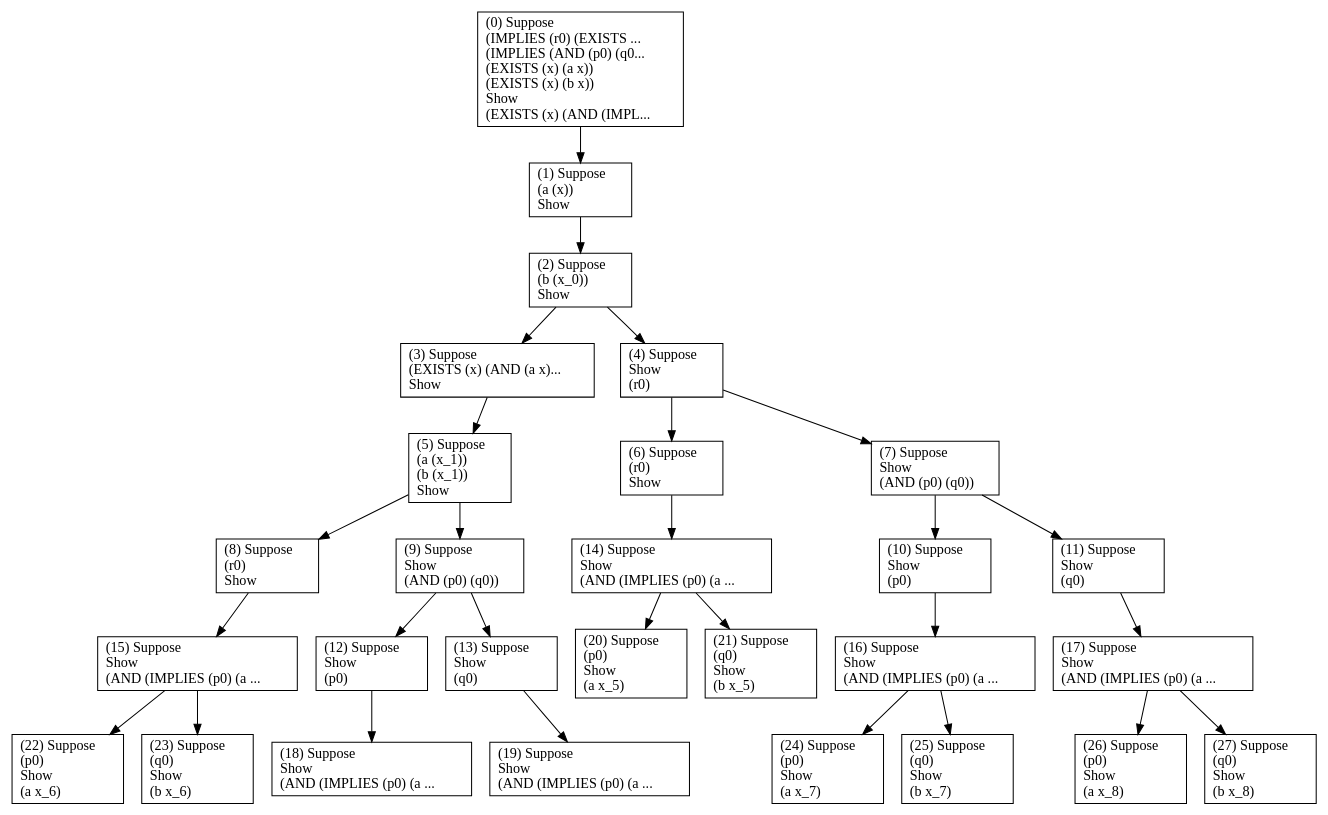
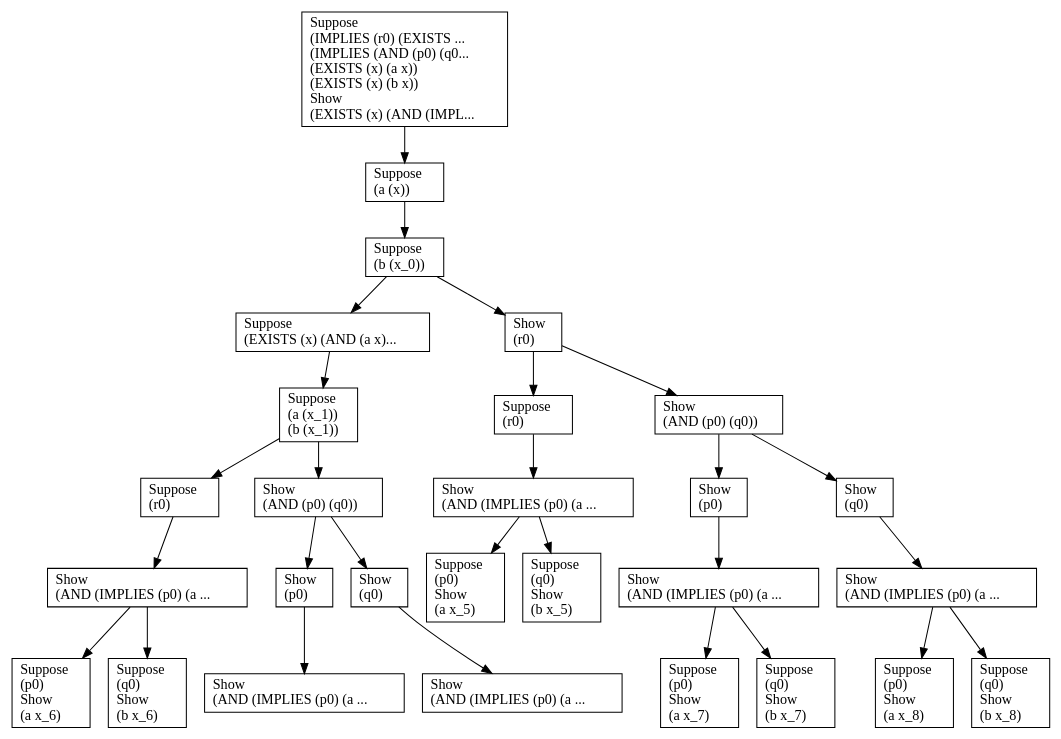
The diagram in common/prover/src/main/resources/graphviz/playground.dot (benjishults/ipr), drawn with Graphviz before and after one commit. The commit also changed 24 other files, not shown here.

```diff
--- a/common/prover/src/main/resources/graphviz/playground.dot
+++ b/common/prover/src/main/resources/graphviz/playground.dot
@@ -1,116 +1,116 @@
 digraph G {
 layout=dot
 root="0"
 node [shape=box]
 "0" [
-label="(0) Suppose\l(IMPLIES (r0) (EXISTS ...\l(IMPLIES (AND (p0) (q0...\l(EXISTS (x) (a x))\l(EXISTS (x) (b x))\lShow\l(EXISTS (x) (AND (IMPL...\l"
+label="Suppose\l(IMPLIES (r0) (EXISTS ...\l(IMPLIES (AND (p0) (q0...\l(EXISTS (x) (a x))\l(EXISTS (x) (b x))\lShow\l(EXISTS (x) (AND (IMPL...\l"
 ]
 "1" [
-label="(1) Suppose\l(a (x))\lShow\l"
+label="Suppose\l(a (x))\l"
 ]
 "0" -> "1"
 "2" [
-label="(2) Suppose\l(b (x_0))\lShow\l"
+label="Suppose\l(b (x_0))\l"
 ]
 "1" -> "2"
 "3" [
-label="(3) Suppose\l(EXISTS (x) (AND (a x)...\lShow\l"
+label="Suppose\l(EXISTS (x) (AND (a x)...\l"
 ]
 "2" -> "3"
 "4" [
-label="(4) Suppose\lShow\l(r0)\l"
+label="Show\l(r0)\l"
 ]
 "2" -> "4"
 "5" [
-label="(5) Suppose\l(a (x_1))\l(b (x_1))\lShow\l"
+label="Suppose\l(a (x_1))\l(b (x_1))\l"
 ]
 "3" -> "5"
 "6" [
-label="(6) Suppose\l(r0)\lShow\l"
+label="Suppose\l(r0)\l"
 ]
 "4" -> "6"
 "7" [
-label="(7) Suppose\lShow\l(AND (p0) (q0))\l"
+label="Show\l(AND (p0) (q0))\l"
 ]
 "4" -> "7"
 "8" [
-label="(8) Suppose\l(r0)\lShow\l"
+label="Suppose\l(r0)\l"
 ]
 "5" -> "8"
 "9" [
-label="(9) Suppose\lShow\l(AND (p0) (q0))\l"
+label="Show\l(AND (p0) (q0))\l"
 ]
 "5" -> "9"
 "14" [
-label="(14) Suppose\lShow\l(AND (IMPLIES (p0) (a ...\l"
+label="Show\l(AND (IMPLIES (p0) (a ...\l"
 ]
 "6" -> "14"
 "10" [
-label="(10) Suppose\lShow\l(p0)\l"
+label="Show\l(p0)\l"
 ]
 "7" -> "10"
 "11" [
-label="(11) Suppose\lShow\l(q0)\l"
+label="Show\l(q0)\l"
 ]
 "7" -> "11"
 "15" [
-label="(15) Suppose\lShow\l(AND (IMPLIES (p0) (a ...\l"
+label="Show\l(AND (IMPLIES (p0) (a ...\l"
 ]
 "8" -> "15"
 "12" [
-label="(12) Suppose\lShow\l(p0)\l"
+label="Show\l(p0)\l"
 ]
 "9" -> "12"
 "13" [
-label="(13) Suppose\lShow\l(q0)\l"
+label="Show\l(q0)\l"
 ]
 "9" -> "13"
 "20" [
-label="(20) Suppose\l(p0)\lShow\l(a x_5)\l"
+label="Suppose\l(p0)\lShow\l(a x_5)\l"
 ]
 "14" -> "20"
 "21" [
-label="(21) Suppose\l(q0)\lShow\l(b x_5)\l"
+label="Suppose\l(q0)\lShow\l(b x_5)\l"
 ]
 "14" -> "21"
 "16" [
-label="(16) Suppose\lShow\l(AND (IMPLIES (p0) (a ...\l"
+label="Show\l(AND (IMPLIES (p0) (a ...\l"
 ]
 "10" -> "16"
 "17" [
-label="(17) Suppose\lShow\l(AND (IMPLIES (p0) (a ...\l"
+label="Show\l(AND (IMPLIES (p0) (a ...\l"
 ]
 "11" -> "17"
 "22" [
-label="(22) Suppose\l(p0)\lShow\l(a x_6)\l"
+label="Suppose\l(p0)\lShow\l(a x_6)\l"
 ]
 "15" -> "22"
 "23" [
-label="(23) Suppose\l(q0)\lShow\l(b x_6)\l"
+label="Suppose\l(q0)\lShow\l(b x_6)\l"
 ]
 "15" -> "23"
 "18" [
-label="(18) Suppose\lShow\l(AND (IMPLIES (p0) (a ...\l"
+label="Show\l(AND (IMPLIES (p0) (a ...\l"
 ]
 "12" -> "18"
 "19" [
-label="(19) Suppose\lShow\l(AND (IMPLIES (p0) (a ...\l"
+label="Show\l(AND (IMPLIES (p0) (a ...\l"
 ]
 "13" -> "19"
 "24" [
-label="(24) Suppose\l(p0)\lShow\l(a x_7)\l"
+label="Suppose\l(p0)\lShow\l(a x_7)\l"
 ]
 "16" -> "24"
 "25" [
-label="(25) Suppose\l(q0)\lShow\l(b x_7)\l"
+label="Suppose\l(q0)\lShow\l(b x_7)\l"
 ]
 "16" -> "25"
 "26" [
-label="(26) Suppose\l(p0)\lShow\l(a x_8)\l"
+label="Suppose\l(p0)\lShow\l(a x_8)\l"
 ]
 "17" -> "26"
 "27" [
-label="(27) Suppose\l(q0)\lShow\l(b x_8)\l"
+label="Suppose\l(q0)\lShow\l(b x_8)\l"
 ]
 "17" -> "27"
 }
```
